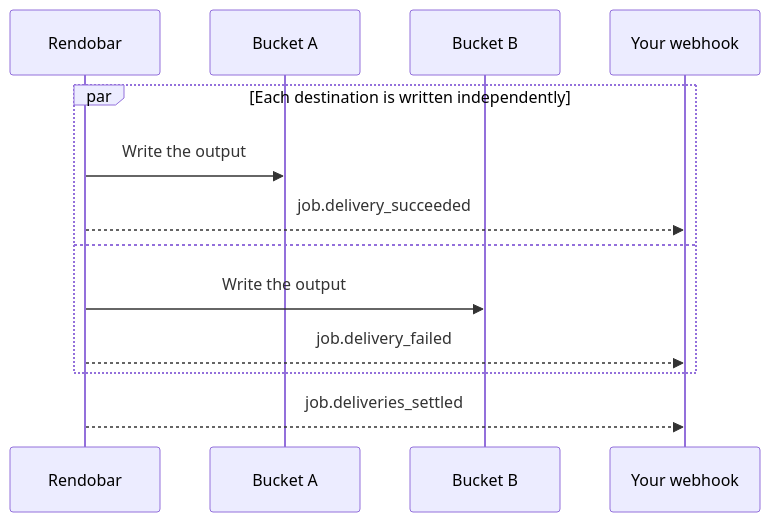
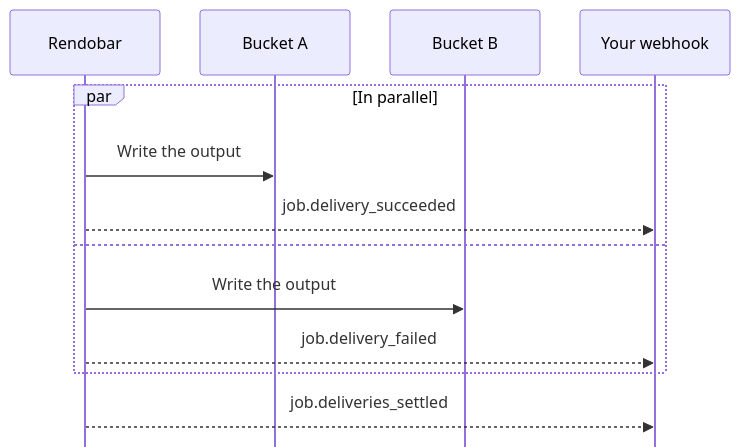
One commit to rendobar/docs changed the second of 2 diagrams in storage/index.mdx. Above: the diagram before and after it, drawn with Mermaid. The commit also changed other lines of this file and 12 other files, not shown here.

````diff
--- a/storage/index.mdx
+++ b/storage/index.mdx
@@ -194,15 +239,16 @@
 ```mermaid
+%%{init: {"sequence": {"mirrorActors": false, "messageFontSize": 15, "actorFontSize": 15, "actorMargin": 40}}}%%
 sequenceDiagram
     participant Rendobar
     participant A as Bucket A
     participant B as Bucket B
     participant Hook as Your webhook
-    par Each destination is written independently
+    par In parallel
         Rendobar->>A: Write the output
         Rendobar-->>Hook: job.delivery_succeeded
     and
         Rendobar->>B: Write the output
         Rendobar-->>Hook: job.delivery_failed
     end
     Rendobar-->>Hook: job.deliveries_settled
 ```
````
